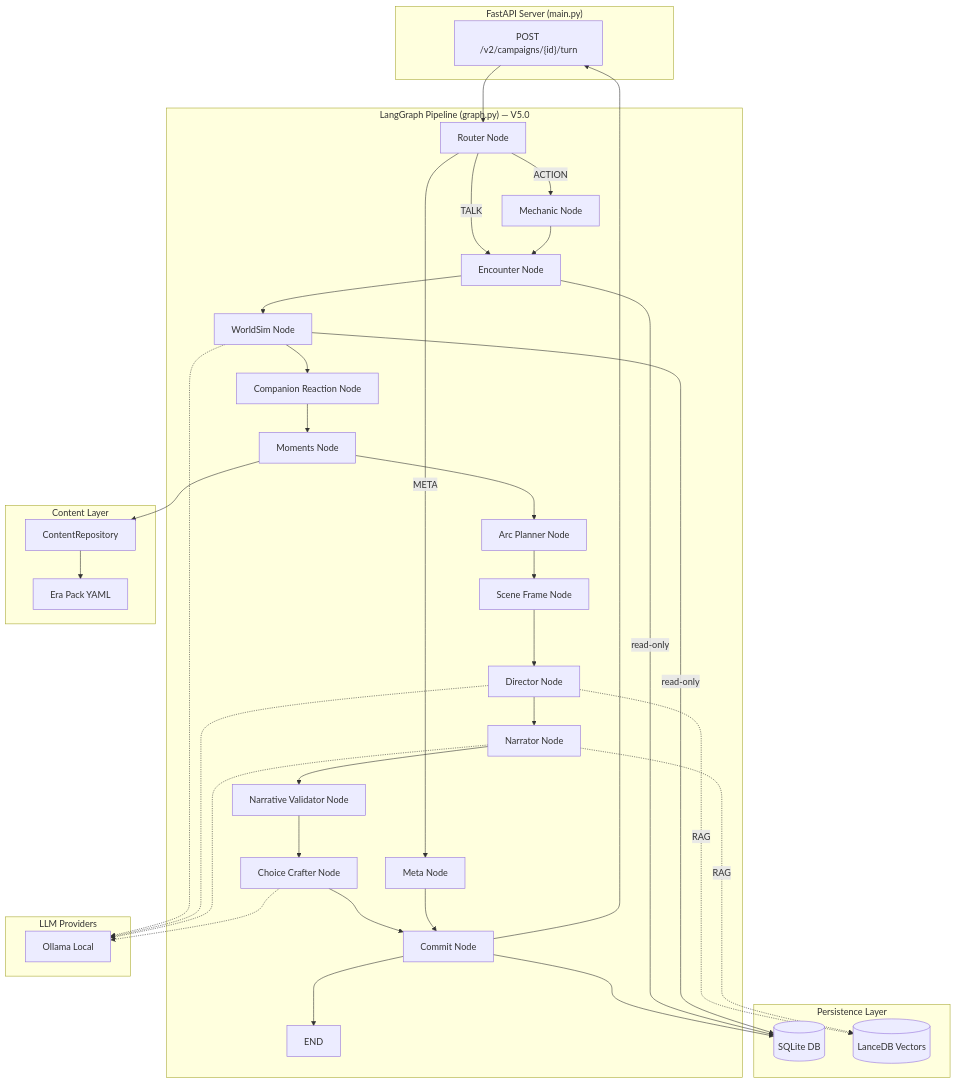
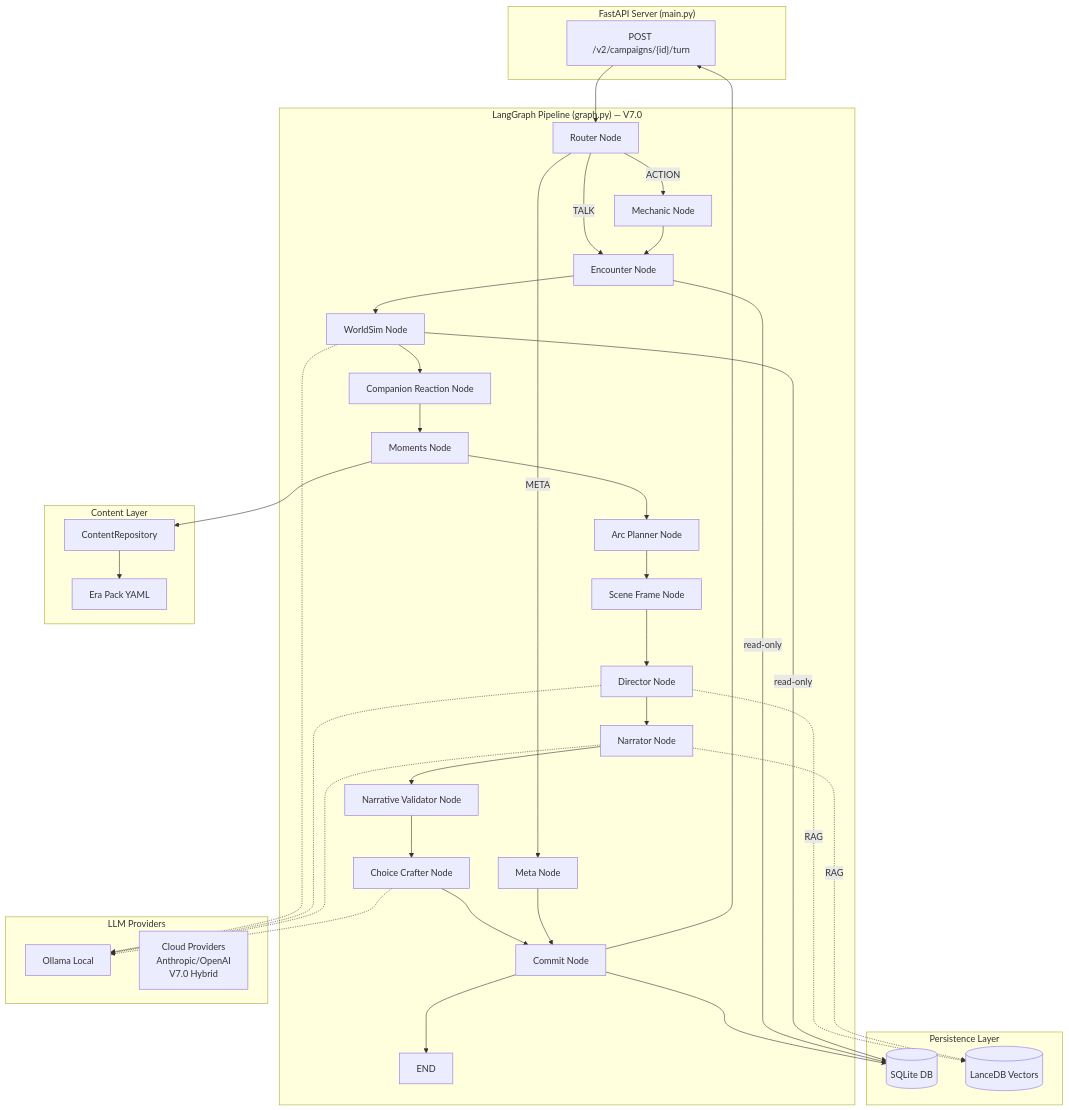
Before and after one commit to DinomyteHero/Storyteller-V2: the diagram in docs/00_overview.md, drawn with Mermaid. The commit also changed other lines of this file and 13 other files, not shown here.

````diff
--- a/docs/00_overview.md
+++ b/docs/00_overview.md
@@ -54,53 +63,54 @@
 ```mermaid
 graph TD
     subgraph "FastAPI Server (main.py)"
         API["POST /v2/campaigns/{id}/turn"]
     end
 
-    subgraph "LangGraph Pipeline (graph.py) — V5.0"
+    subgraph "LangGraph Pipeline (graph.py) — V7.0"
         R[Router Node] --> | META| META[Meta Node]
         R --> | TALK| ENC[Encounter Node]
         R --> | ACTION| MECH[Mechanic Node]
         MECH --> ENC
         ENC --> WS[WorldSim Node]
         WS --> CR[Companion Reaction Node]
         CR --> MOM[Moments Node]
         MOM --> ARC[Arc Planner Node]
         ARC --> SF[Scene Frame Node]
         SF --> DIR[Director Node]
         DIR --> NAR[Narrator Node]
         NAR --> VAL[Narrative Validator Node]
         VAL --> CC[Choice Crafter Node]
         CC --> COMMIT[Commit Node]
         META --> COMMIT
         COMMIT --> END_NODE[END]
     end
 
     subgraph "Persistence Layer"
         SQLite[(SQLite DB)]
         LanceDB[(LanceDB Vectors)]
     end
 
     subgraph "LLM Providers"
         Ollama[Ollama Local]
+        Cloud[Cloud Providers<br/>Anthropic/OpenAI<br/>V7.0 Hybrid]
     end
 
     subgraph "Content Layer"
         REPO[ContentRepository]
         EraPacks[Era Pack YAML]
     end
 
     API --> R
     COMMIT --> SQLite
     ENC --> | read-only| SQLite
     WS --> | read-only| SQLite
     MOM --> REPO
     REPO --> EraPacks
     DIR -.-> | RAG| LanceDB
     NAR -.-> | RAG| LanceDB
     WS -.-> Ollama
     DIR -.-> Ollama
     NAR -.-> Ollama
     CC -.-> Ollama
     COMMIT --> API
 ```
````
